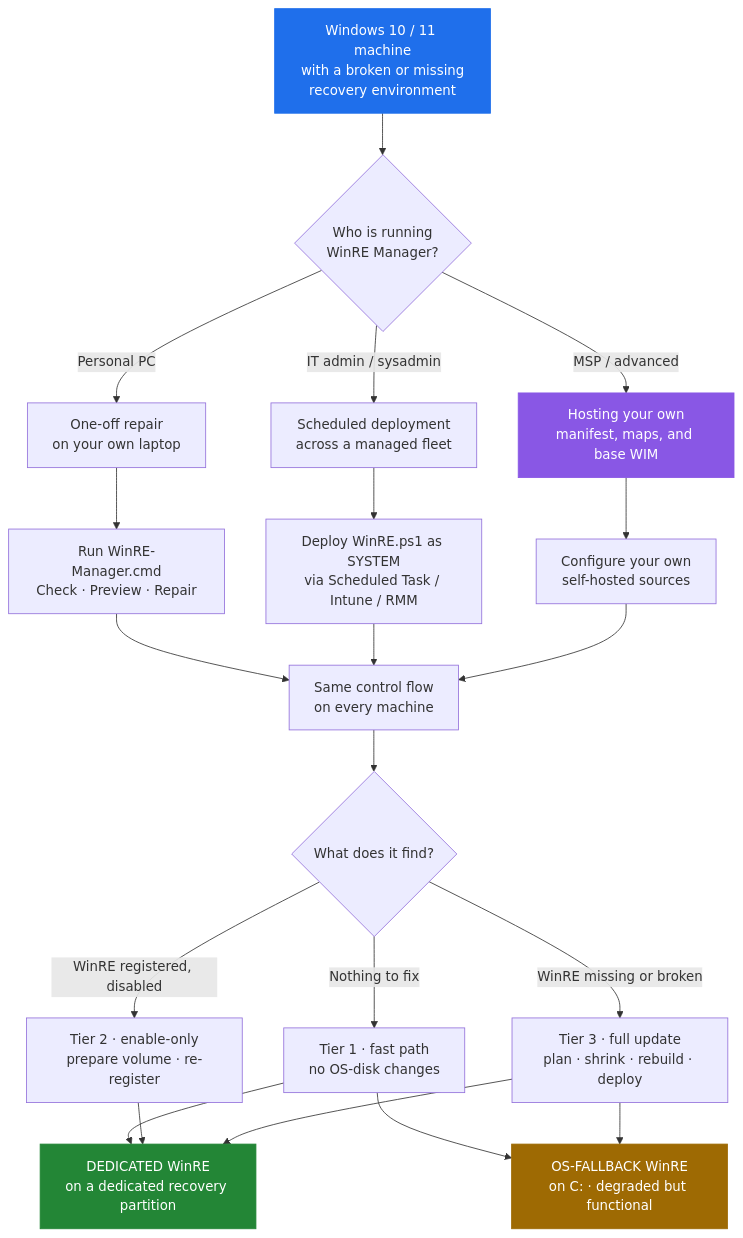
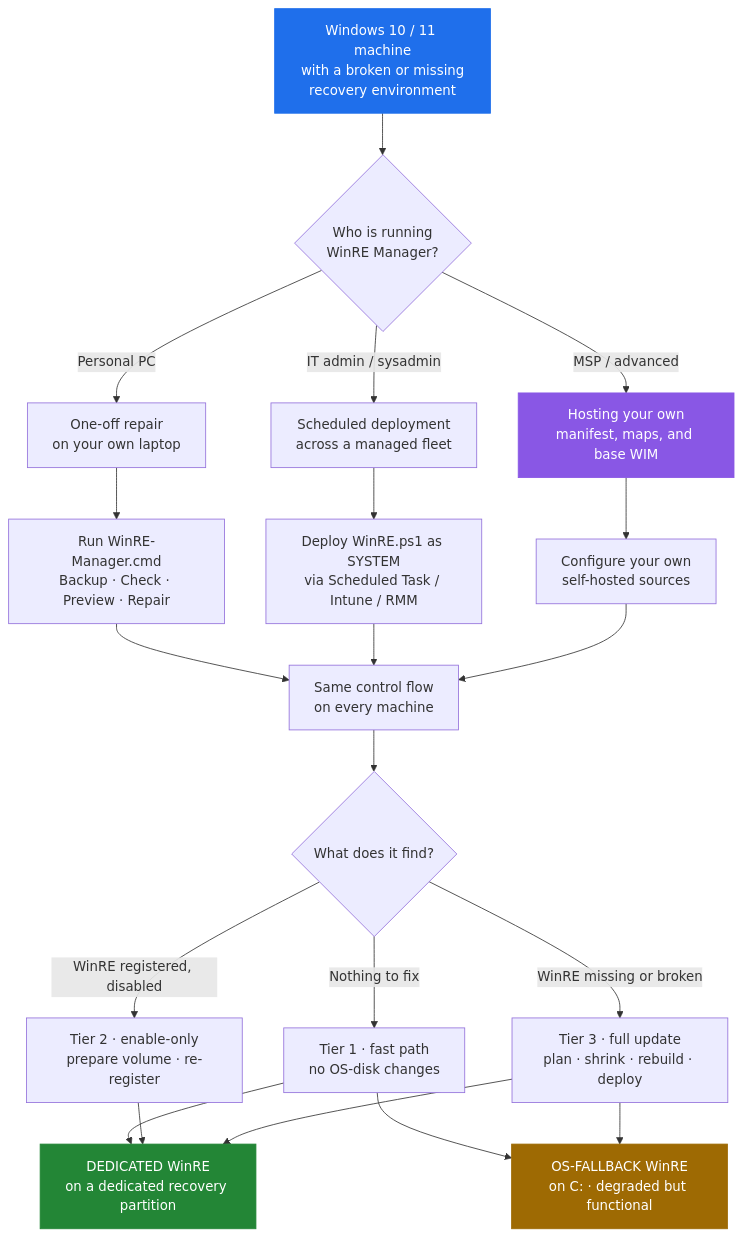
One commit to ArthurJDurand/WinRE-Manager changed the first of 2 diagrams in README.md. Above: the diagram before and after it, drawn with Mermaid. The commit also changed 6 other files, not shown here.

Commit message:
Update WinRE-Manager

````diff
--- a/README.md
+++ b/README.md
@@ -65,34 +65,34 @@
 ```mermaid
 flowchart TD
     Start["Windows 10 / 11 machine<br/>with a broken or missing<br/>recovery environment"]
 
     Start --> Who{"Who is running<br/>WinRE Manager?"}
 
     Who -->|"Personal PC"| Single["One-off repair<br/>on your own laptop"]
     Who -->|"IT admin / sysadmin"| Fleet["Scheduled deployment<br/>across a managed fleet"]
     Who -->|"MSP / advanced"| Hosted["Hosting your own<br/>manifest, maps, and base WIM"]
 
-    Single --> RunOne["Run WinRE-Manager.cmd<br/>Check · Preview · Repair"]
+    Single --> RunOne["Run WinRE-Manager.cmd<br/>Backup · Check · Preview · Repair"]
     Fleet --> RunFleet["Deploy WinRE.ps1 as SYSTEM<br/>via Scheduled Task / Intune / RMM"]
     Hosted --> RunHost["Configure your own<br/>self-hosted sources"]
 
     RunOne --> Flow["Same control flow<br/>on every machine"]
     RunFleet --> Flow
     RunHost --> Flow
 
     Flow --> Fast{"What does it find?"}
     Fast -->|"Nothing to fix"| FP["Tier 1 · fast path<br/>no OS-disk changes"]
     Fast -->|"WinRE registered, disabled"| EO["Tier 2 · enable-only<br/>prepare volume · re-register"]
     Fast -->|"WinRE missing or broken"| FU["Tier 3 · full update<br/>plan · shrink · rebuild · deploy"]
 
     FP --> Dedicated["DEDICATED WinRE<br/>on a dedicated recovery partition"]
     FP --> Fallback
     EO --> Dedicated
     FU --> Dedicated
     FU --> Fallback["OS-FALLBACK WinRE<br/>on C: · degraded but functional"]
 
     style Start fill:#1f6feb,stroke:#1f6feb,color:#fff
     style Dedicated fill:#238636,stroke:#238636,color:#fff
     style Fallback fill:#9e6a03,stroke:#9e6a03,color:#fff
     style Hosted fill:#8957e5,stroke:#8957e5,color:#fff
 ```
````
